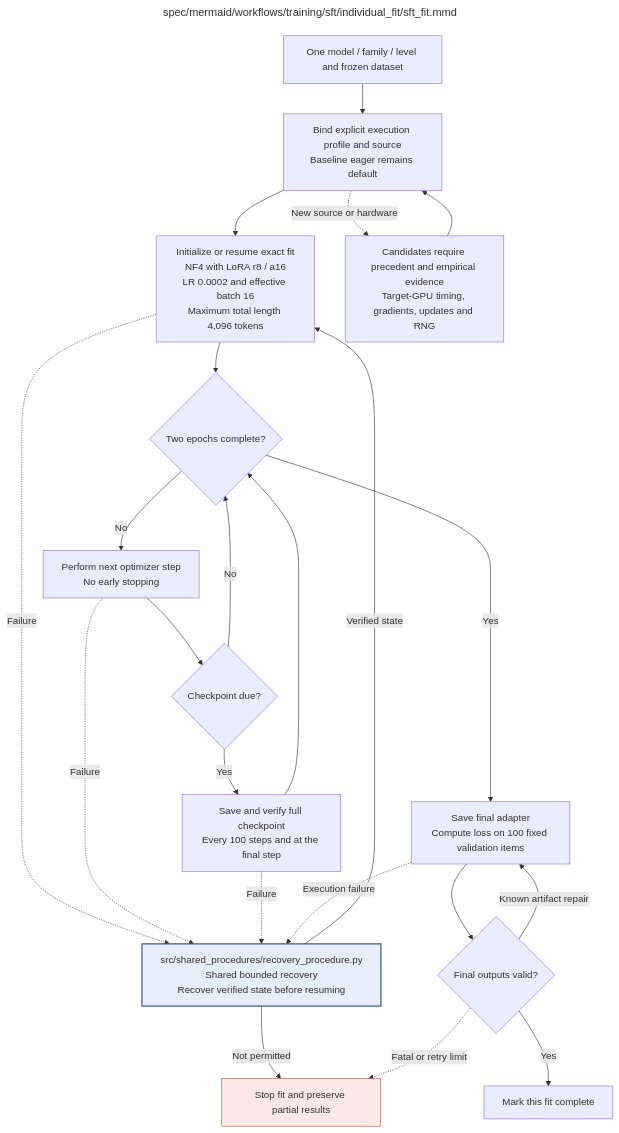
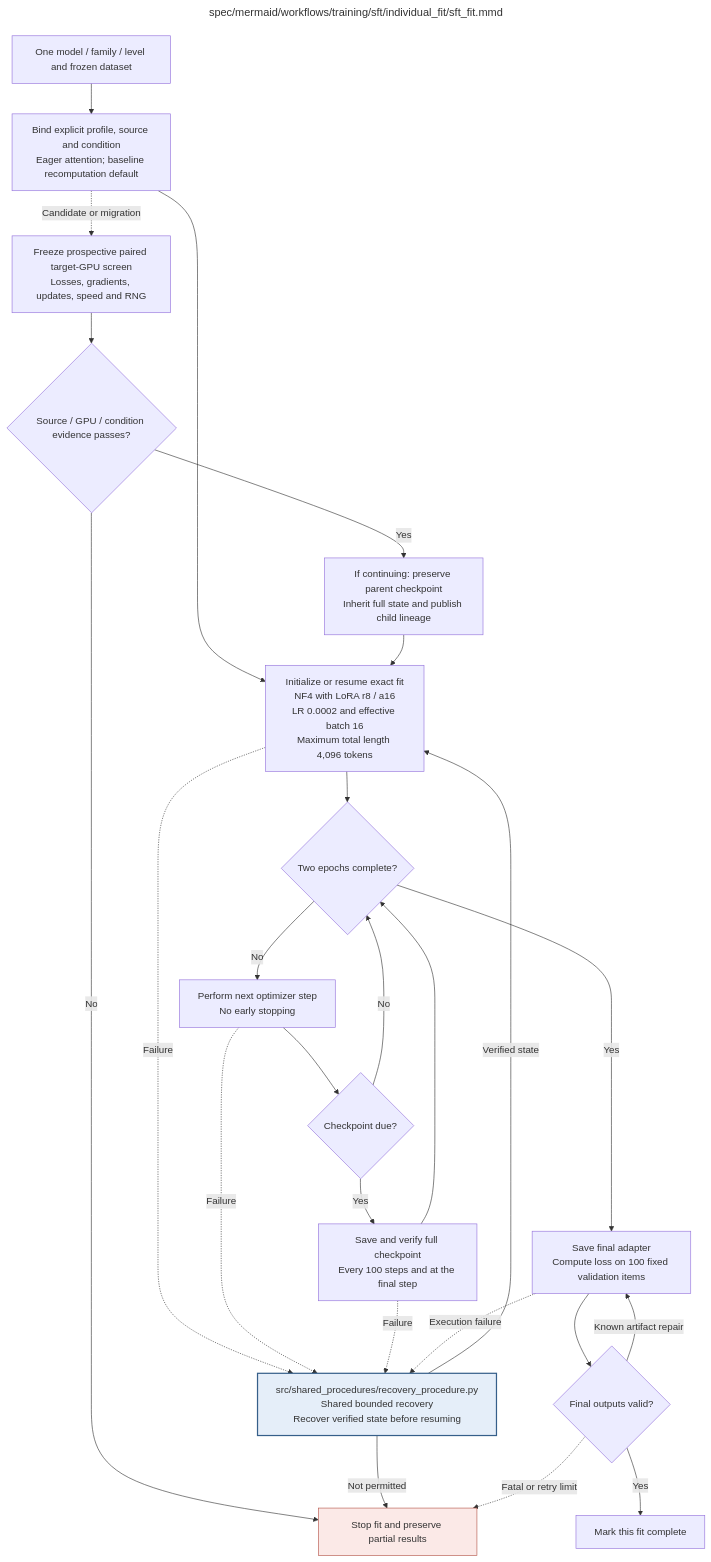
The diagram in docs/modules/training/sft/individual_fit/sft_fit.md (AJUNNYC/inducing_persistent_textual_chain_of_thought_illegibility), drawn with Mermaid before and after one commit. The commit also changed other lines of this file and 19 other files, not shown here.

````diff
--- a/docs/modules/training/sft/individual_fit/sft_fit.md
+++ b/docs/modules/training/sft/individual_fit/sft_fit.md
@@ -104,72 +108,81 @@
 ```mermaid
 ---
 title: "spec/mermaid/workflows/training/sft/individual_fit/sft_fit.mmd"
 ---
 flowchart TD
 %% Individual SFT fit
 %% Edit quoted node labels directly; this is native Mermaid.
+%% Source 05f42b0 recovery accepted no recomputation only for 7B ROT13 level 1 on RTX PRO 6000 Blackwell 96GB.
+%% CUDA input caching failed speed; other conditions retain the original execution defaults.
 %% Execution contract: known faults use bounded recovery; unclassified/persistent faults stop the worker.
 %% Frozen invalid inputs are fatal. Unrecoverable child failures propagate; never release incomplete results.
 %% Individual SFT fit
 %% No warm-start from another level; only an exact-fit full checkpoint may resume training.
 %% SFT setup and resumption
-%% NF4 double quantization, BF16, gradient checkpointing.
+%% NF4 double quantization, BF16; original activation-checkpointing default is enabled.
+%% A measured explicit profile may override activation recomputation after identical PEFT preparation.
+%% Immutable CUDA input caching preserves per-example tensors, sampler order and microbatch shapes.
+%% Source/hardware/profile migration preserves parent full state and writes separate verified lineage.
 %% LoRA rank 8 / alpha 16 / dropout .05; attention and MLP targets.
 %% LR 2e-4; paged AdamW32; cosine schedule; warmup 3%; weight decay 0.
 %% Microbatch 1; gradient accumulation 16; effective batch 16; max length 4096; seed 42.
 %% Known setup failures use shared bounded recovery before this procedure returns STOP.
 %% A corrupt claimed recovery checkpoint must not silently cause a fresh run with overwritten provenance.
 %% SFT optimization
 %% Full checkpoint includes adapter, optimizer, scheduler, RNG and data position.
 %% Interrupted updates roll back to a verified full checkpoint; counters survive rollback.
 %% If interruption occurs before the first checkpoint, an explicitly recorded fresh restart uses the fixed seed.
 %% No early stopping; scientific validation results cannot alter the fixed two-epoch schedule.
 %% SFT final validation and saving
 %% Retain already valid upstream artifacts; retry only the failed save or validation computation.
 %% Validation loss is reported; it does not trigger early stopping or extra training.
 %% SETUP verifies full checkpoint identity/integrity or initializes an untouched base; corrupt existing recovery state is not silently discarded.
 %% SETUP applies masking, gradient and data-identity checks before any update. Effective batch 16 and max length 4096.
 %% AUDIT->FINAL permits only a known safe artifact repair within persistent finite retry budgets. Frozen-input faults stop.
 %% Retry only the failed final save / validation operation; retain valid upstream outputs and trained state.
 %% Interrupted updates require rollback to verified state; replay is recorded and never resets retry counters.
 %% Child: RECOVER => ../../../shared_procedures/recovery_procedure.mmd
     INPUT["One model / family / level and frozen dataset"]
     SETUP["Initialize or resume exact fit<br/>NF4 with LoRA r8 / a16<br/>LR 0.0002 and effective batch 16<br/>Maximum total length 4,096 tokens"]
     DONE{"Two epochs complete?"}
     STEP["Perform next optimizer step<br/>No early stopping"]
     DUE{"Checkpoint due?"}
     SAVE["Save and verify full checkpoint<br/>Every 100 steps and at the final step"]
     DONE -->|No| STEP --> DUE
     DUE -->|Yes| SAVE --> DONE
     DUE -->|No| DONE
     FINAL["Save final adapter<br/>Compute loss on 100 fixed validation items"]
     AUDIT{"Final outputs valid?"}
     OUT["Mark this fit complete"]
     FINAL --> AUDIT
     AUDIT -->|Yes| OUT
     AUDIT -->|Known artifact repair| FINAL
     RECOVER["src/shared_procedures/recovery_procedure.py<br/>Shared bounded recovery<br/>Recover verified state before resuming"]
     STOP["Stop fit and preserve partial results"]
-    PROFILE["Bind explicit execution profile and source<br/>Baseline eager remains default"]
-    MEASURE["Candidates require precedent and empirical evidence<br/>Target-GPU timing, gradients, updates and RNG"]
+    PROFILE["Bind explicit profile, source and condition<br/>Eager attention; baseline recomputation default"]
+    MEASURE["Freeze prospective paired target-GPU screen<br/>Losses, gradients, updates, speed and RNG"]
+    ACCEPT{"Source / GPU / condition evidence passes?"}
+    MIGRATE["If continuing: preserve parent checkpoint<br/>Inherit full state and publish child lineage"]
     INPUT --> PROFILE --> SETUP --> DONE
-    PROFILE -.->|New source or hardware| MEASURE --> PROFILE
+    PROFILE -.->|Candidate or migration| MEASURE --> ACCEPT
+    ACCEPT -->|Yes| MIGRATE --> SETUP
+    ACCEPT -->|No| STOP
     DONE -->|Yes| FINAL
     SETUP -.->|Failure| RECOVER
     STEP -.->|Failure| RECOVER
     SAVE -.->|Failure| RECOVER
     FINAL -.->|Execution failure| RECOVER
     RECOVER -->|Verified state| SETUP
     RECOVER -->|Not permitted| STOP
     AUDIT -.->|Fatal or retry limit| STOP
     classDef detail fill:#e5eef9,stroke:#365f8a,stroke-width:2px
     class RECOVER detail
     classDef stop fill:#fbe9e7,stroke:#b45448
     class STOP stop
 
 %% Repository module: src/training/sft/individual_fit/sft_fit.py
 %% Module documentation: docs/modules/training/sft/individual_fit/sft_fit.md
 %% Unit test: tests/unit/training/sft/individual_fit/test_sft_fit.py
 %% Owner: sft
 %% Source sections: C.2.2–C.2.4; E.1.3; E.2.4,E.2.6; H.9
 ```
````
